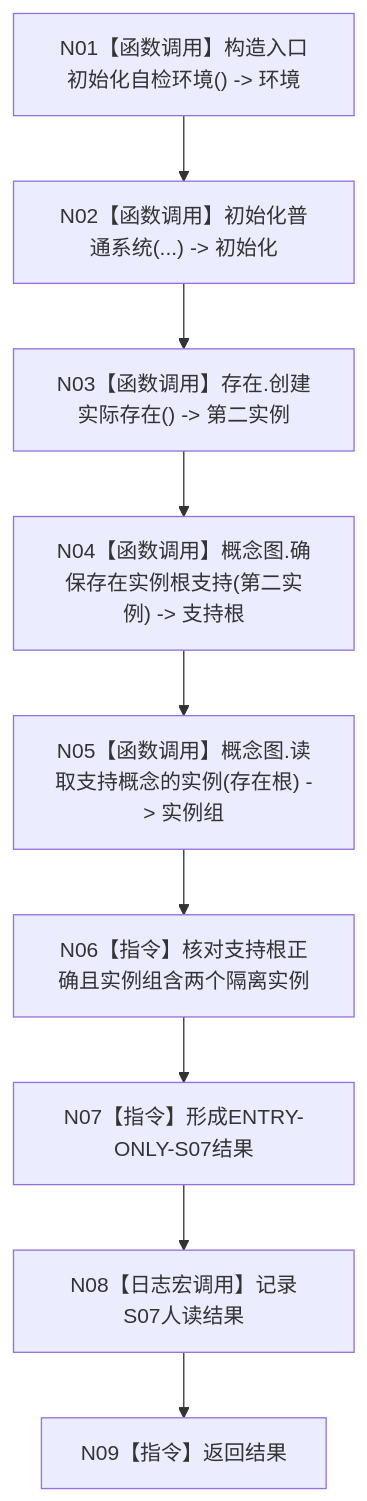
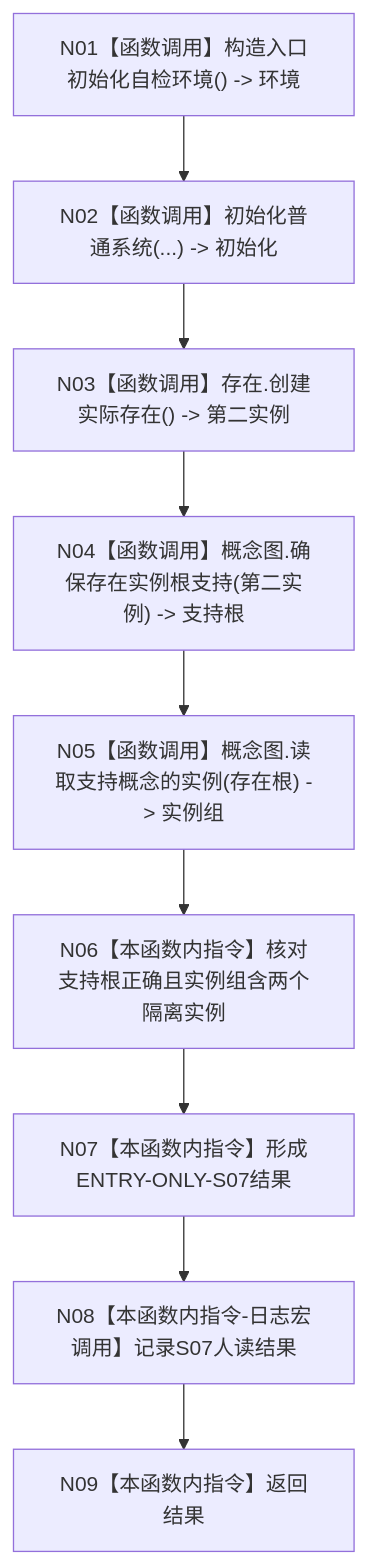
One commit to chunhaizh-cyber/HY-Ego changed the diagram in 流程图/20260726_ENTRY-ONLY_S07_多存在实例根支持_施工流程图_v0.1.md. Above: the diagram before and after it, drawn with Mermaid. The commit also changed other lines of this file and 88 other files, not shown here.

````diff
--- a/流程图/20260726_ENTRY-ONLY_S07_多存在实例根支持_施工流程图_v0.1.md
+++ b/流程图/20260726_ENTRY-ONLY_S07_多存在实例根支持_施工流程图_v0.1.md
@@ -7,11 +27,11 @@
 ```mermaid
 flowchart TD
     N01["N01【函数调用】构造入口初始化自检环境() -> 环境"] --> N02["N02【函数调用】初始化普通系统(...) -> 初始化"]
     N02 --> N03["N03【函数调用】存在.创建实际存在() -> 第二实例"]
     N03 --> N04["N04【函数调用】概念图.确保存在实例根支持(第二实例) -> 支持根"]
     N04 --> N05["N05【函数调用】概念图.读取支持概念的实例(存在根) -> 实例组"]
-    N05 --> N06["N06【指令】核对支持根正确且实例组含两个隔离实例"]
-    N06 --> N07["N07【指令】形成ENTRY-ONLY-S07结果"]
-    N07 --> N08["N08【日志宏调用】记录S07人读结果"]
-    N08 --> N09["N09【指令】返回结果"]
+    N05 --> N06["N06【本函数内指令】核对支持根正确且实例组含两个隔离实例"]
+    N06 --> N07["N07【本函数内指令】形成ENTRY-ONLY-S07结果"]
+    N07 --> N08["N08【本函数内指令-日志宏调用】记录S07人读结果"]
+    N08 --> N09["N09【本函数内指令】返回结果"]
 ```
````
